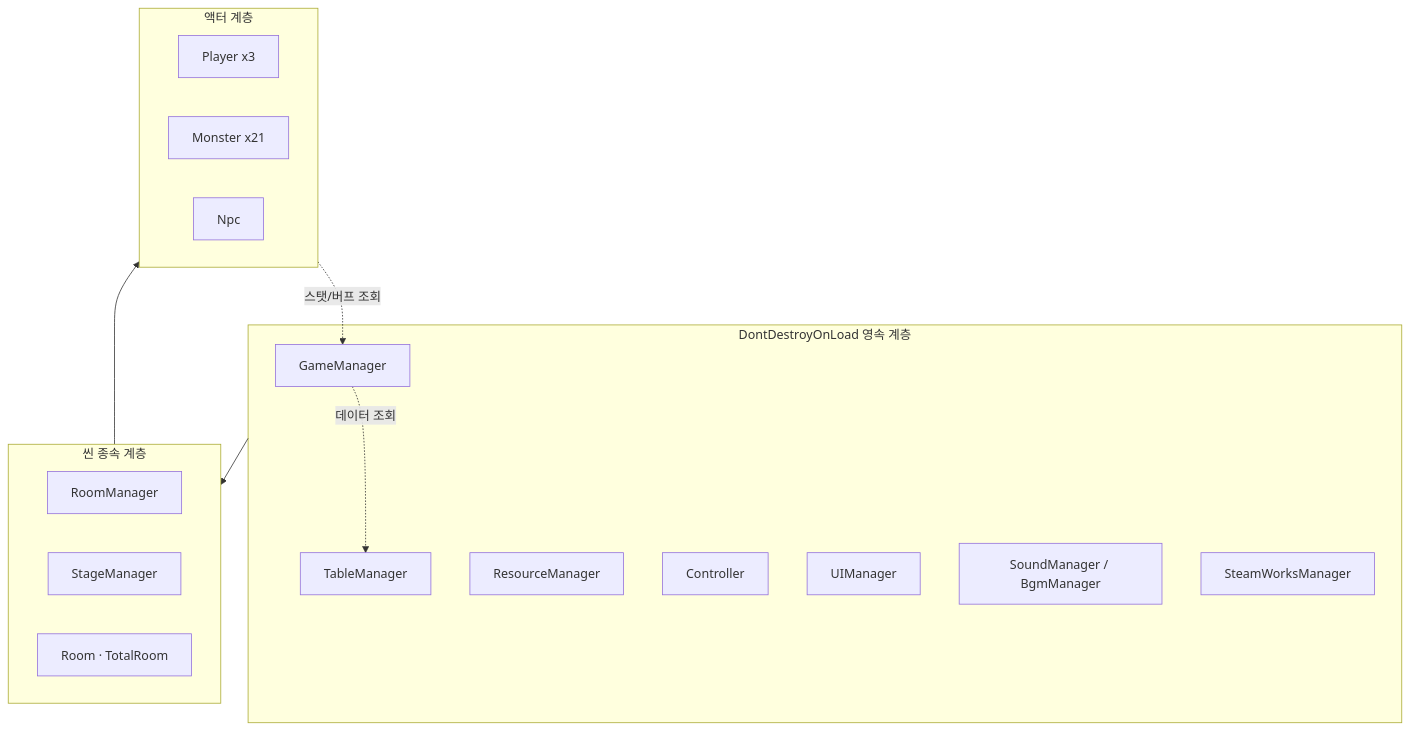
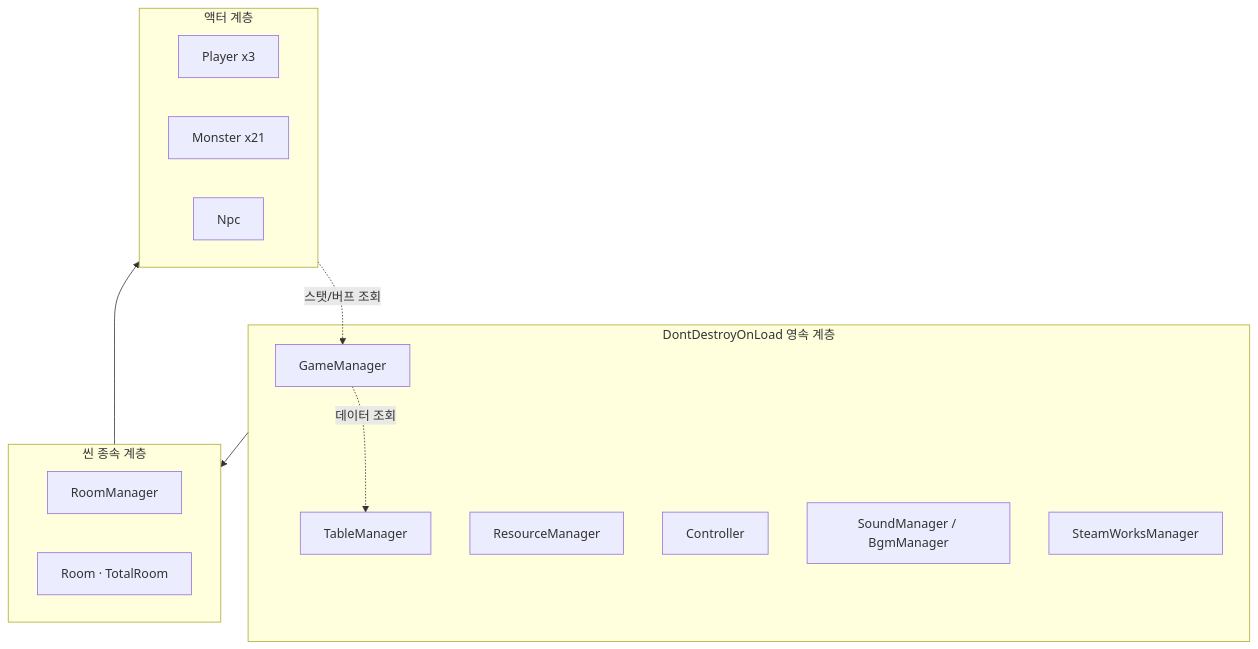
Before and after one commit to wjfeowjr/UpgradeAction-Portfolio: the first of 5 diagrams in docs/ARCHITECTURE.md, drawn with Mermaid. The commit also changed other lines of this file and 2 other files, not shown here.

````diff
--- a/docs/ARCHITECTURE.md
+++ b/docs/ARCHITECTURE.md
@@ -37,29 +37,27 @@
 ```mermaid
 flowchart TB
     subgraph Persist["DontDestroyOnLoad 영속 계층"]
         GM[GameManager]
         TM[TableManager]
         RES[ResourceManager]
         CT[Controller]
-        UM[UIManager]
         SND[SoundManager / BgmManager]
         STM[SteamWorksManager]
     end
 
     subgraph Scene["씬 종속 계층"]
         RM[RoomManager]
-        SM[StageManager]
         ROOM[Room · TotalRoom]
     end
 
     subgraph Actor["액터 계층"]
         PL[Player x3]
         MON[Monster x21]
         NPC[Npc]
     end
 
     Persist --> Scene
     Scene --> Actor
     GM -.데이터 조회.-> TM
     Actor -.스탯/버프 조회.-> GM
 ```
````
